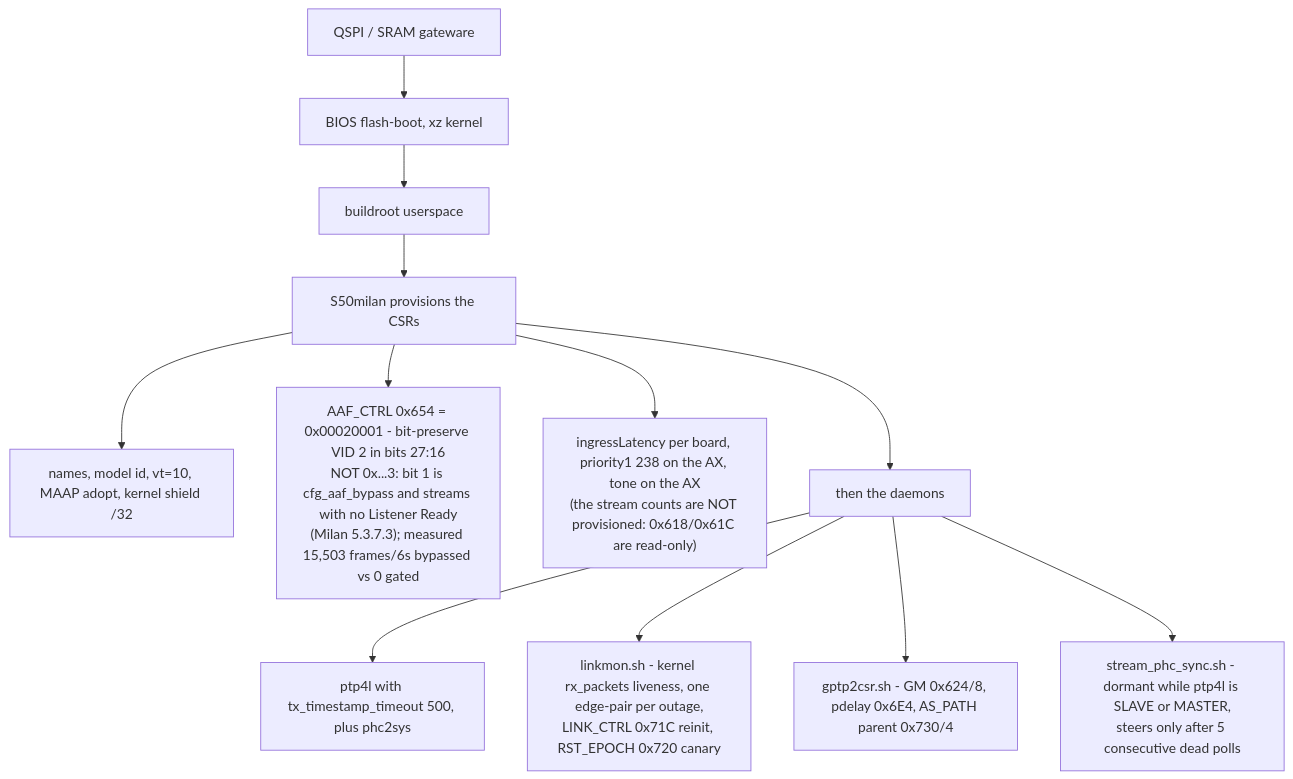
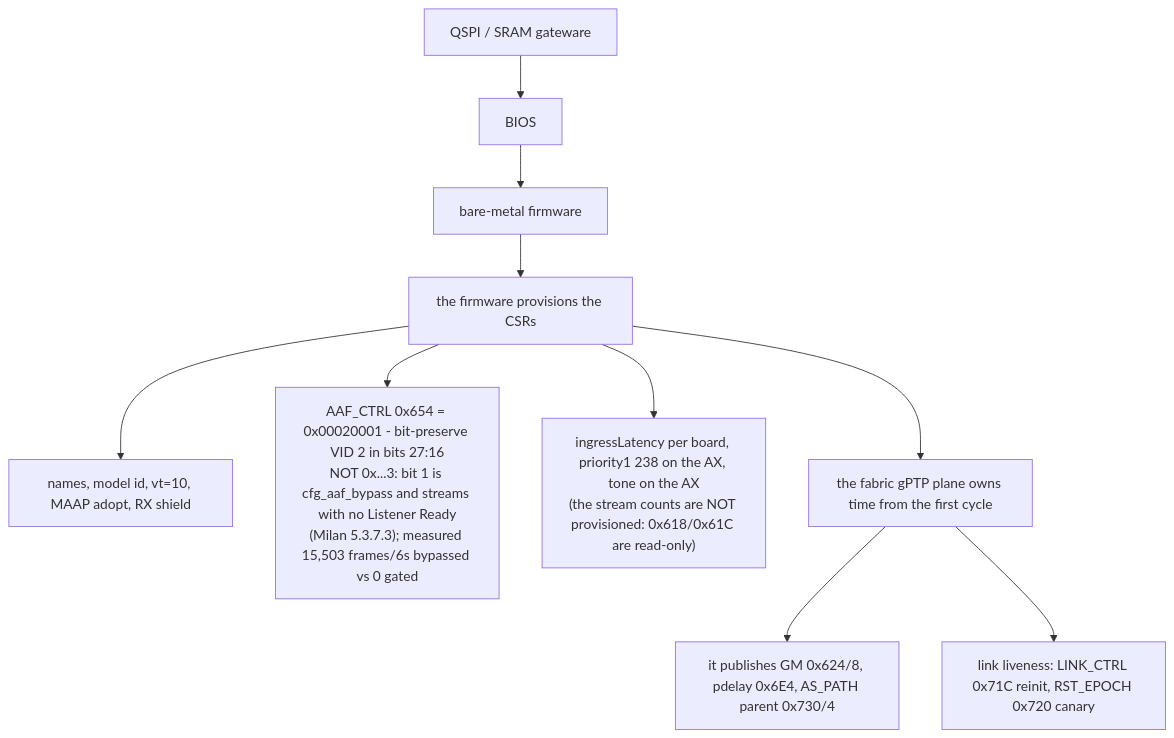
The third of 3 diagrams in docs/findings/BENCH_TOPOLOGY.md (kebag-logic/milan-fpga), drawn with Mermaid before and after one commit. The commit also changed other lines of this file and 4 other files, not shown here.

Commit message:
Rewrite the requirement, register-map, overview and bench authorities around the bare-metal product: the retired driver and device-tree requirement groups leave the checkout for git history

````diff
--- a/docs/findings/BENCH_TOPOLOGY.md
+++ b/docs/findings/BENCH_TOPOLOGY.md
@@ -371,14 +343,12 @@
 ```mermaid
 flowchart TB
-    Q["QSPI / SRAM gateware"] --> B["BIOS flash-boot, xz kernel"]
-    B --> BR["buildroot userspace"]
-    BR --> S["S50milan provisions the CSRs"]
-    S --> S1["names, model id, vt=10, MAAP adopt, kernel shield /32"]
+    Q["QSPI / SRAM gateware"] --> B["BIOS"]
+    B --> BR["bare-metal firmware"]
+    BR --> S["the firmware provisions the CSRs"]
+    S --> S1["names, model id, vt=10, MAAP adopt, RX shield"]
     S --> S2["AAF_CTRL 0x654 = 0x00020001 - bit-preserve VID 2 in bits 27:16<br/>NOT 0x...3: bit 1 is cfg_aaf_bypass and streams with no Listener Ready<br/>(Milan 5.3.7.3); measured 15,503 frames/6s bypassed vs 0 gated"]
     S --> S3["ingressLatency per board, priority1 238 on the AX, tone on the AX<br/>(the stream counts are NOT provisioned: 0x618/0x61C are read-only)"]
-    S --> DMN["then the daemons"]
-    DMN --> D1["ptp4l with tx_timestamp_timeout 500, plus phc2sys"]
-    DMN --> D2["linkmon.sh - kernel rx_packets liveness, one edge-pair per outage,<br/>LINK_CTRL 0x71C reinit, RST_EPOCH 0x720 canary"]
-    DMN --> D3["gptp2csr.sh - GM 0x624/8, pdelay 0x6E4, AS_PATH parent 0x730/4"]
-    DMN --> D4["stream_phc_sync.sh - dormant while ptp4l is SLAVE or MASTER,<br/>steers only after 5 consecutive dead polls"]
+    S --> DMN["the fabric gPTP plane owns time from the first cycle"]
+    DMN --> D3["it publishes GM 0x624/8, pdelay 0x6E4, AS_PATH parent 0x730/4"]
+    DMN --> D2["link liveness: LINK_CTRL 0x71C reinit, RST_EPOCH 0x720 canary"]
 ```
````
